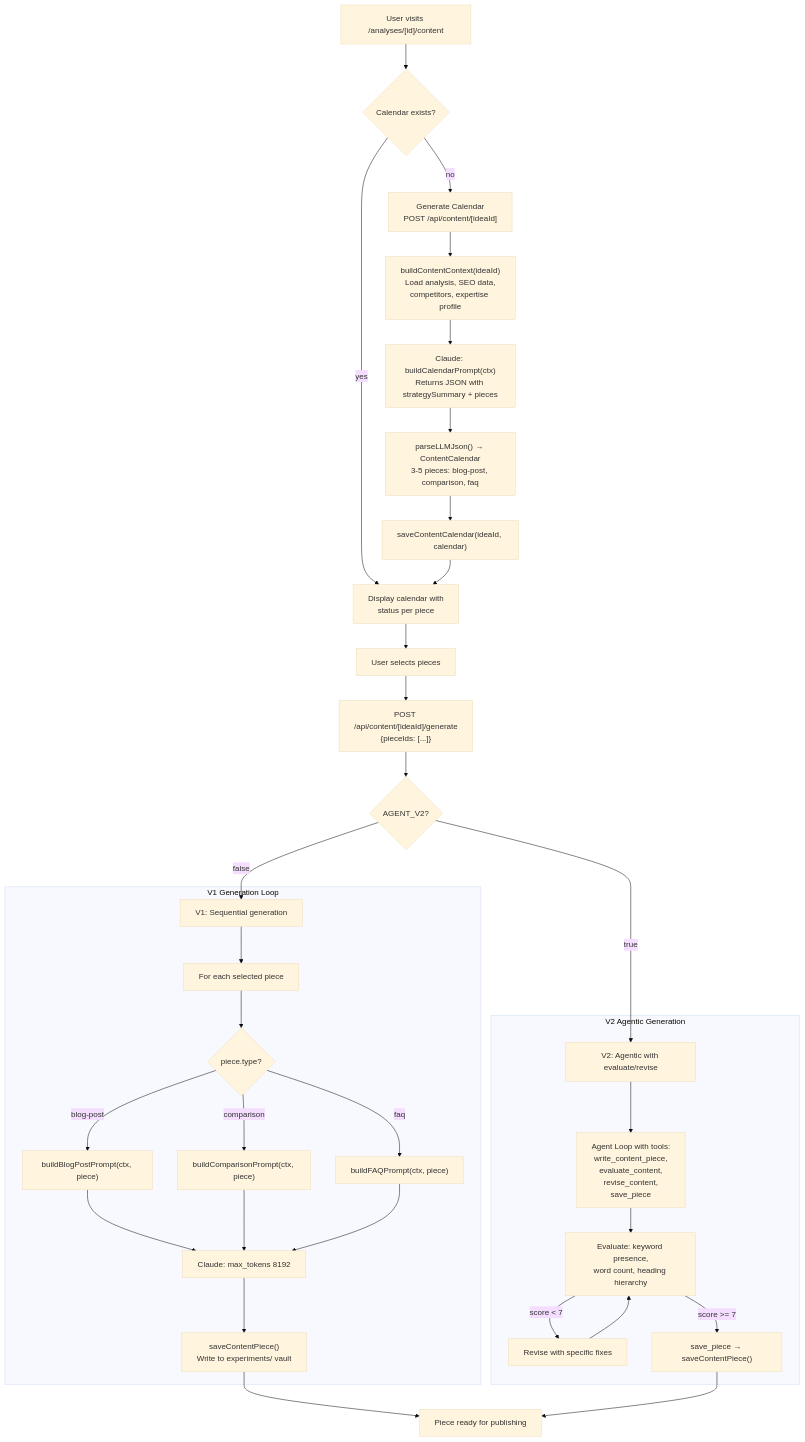
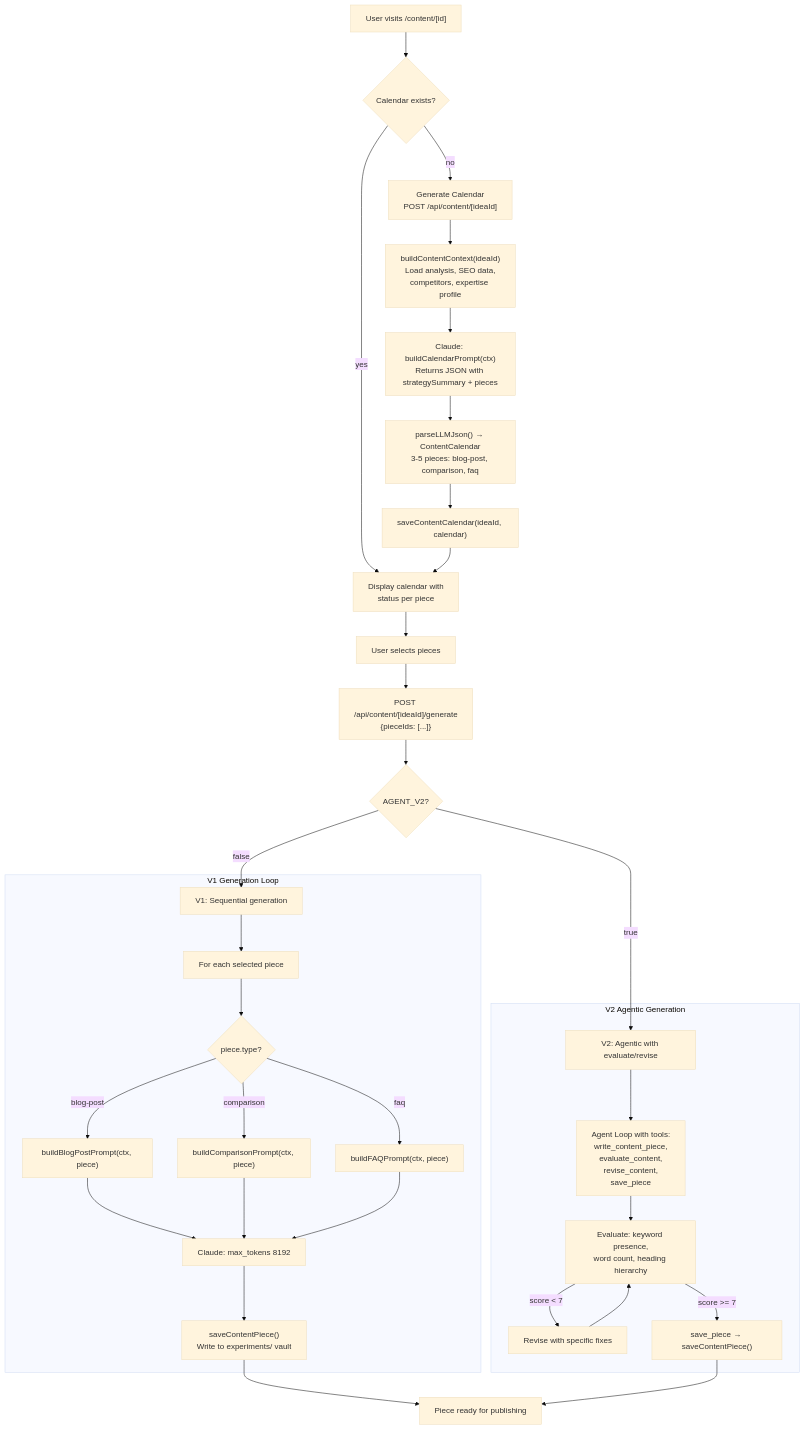
One commit to cwhogg/epch-projects changed the sixth of 11 diagrams in docs/architecture.md. Above: the diagram before and after it, drawn with Mermaid (base theme). The commit also changed other lines of this file, not shown here.

Commit message:
docs: update architecture.md with new route paths

````diff
--- a/docs/architecture.md
+++ b/docs/architecture.md
@@ -382,43 +384,43 @@
 ```mermaid
 flowchart TB
-    START["User visits /analyses/[id]/content"] --> CALENDAR{"Calendar exists?"}
+    START["User visits /content/[id]"] --> CALENDAR{"Calendar exists?"}
 
     CALENDAR -->|no| GEN_CAL["Generate Calendar<br/>POST /api/content/[ideaId]"]
     GEN_CAL --> BUILD_CTX["buildContentContext(ideaId)<br/>Load analysis, SEO data,<br/>competitors, expertise profile"]
     BUILD_CTX --> CLAUDE_CAL["Claude: buildCalendarPrompt(ctx)<br/>Returns JSON with strategySummary + pieces"]
     CLAUDE_CAL --> PARSE_CAL["parseLLMJson() → ContentCalendar<br/>3-5 pieces: blog-post, comparison, faq"]
     PARSE_CAL --> SAVE_CAL["saveContentCalendar(ideaId, calendar)"]
 
     CALENDAR -->|yes| DISPLAY["Display calendar with<br/>status per piece"]
     SAVE_CAL --> DISPLAY
 
     DISPLAY --> SELECT["User selects pieces"]
     SELECT --> GEN_PIECES["POST /api/content/[ideaId]/generate<br/>{pieceIds: [...]}"]
     GEN_PIECES --> AUTO{"AGENT_V2?"}
 
     AUTO -->|false| V1_GEN["V1: Sequential generation"]
     AUTO -->|true| V2_GEN["V2: Agentic with evaluate/revise"]
 
     subgraph V1["V1 Generation Loop"]
         V1_GEN --> EACH["For each selected piece"]
         EACH --> TYPE{"piece.type?"}
         TYPE -->|blog-post| BLOG["buildBlogPostPrompt(ctx, piece)"]
         TYPE -->|comparison| COMP["buildComparisonPrompt(ctx, piece)"]
         TYPE -->|faq| FAQ["buildFAQPrompt(ctx, piece)"]
         BLOG --> GENERATE["Claude: max_tokens 8192"]
         COMP --> GENERATE
         FAQ --> GENERATE
         GENERATE --> SAVE_PIECE["saveContentPiece()<br/>Write to experiments/ vault"]
     end
 
     subgraph V2["V2 Agentic Generation"]
         V2_GEN --> AGENT_LOOP["Agent Loop with tools:<br/>write_content_piece,<br/>evaluate_content,<br/>revise_content,<br/>save_piece"]
         AGENT_LOOP --> EVAL["Evaluate: keyword presence,<br/>word count, heading hierarchy"]
         EVAL -->|"score < 7"| REVISE["Revise with specific fixes"]
         REVISE --> EVAL
         EVAL -->|"score >= 7"| SAVE_V2["save_piece → saveContentPiece()"]
     end
 
     SAVE_PIECE --> PUBLISH_READY["Piece ready for publishing"]
     SAVE_V2 --> PUBLISH_READY
 ```
````
